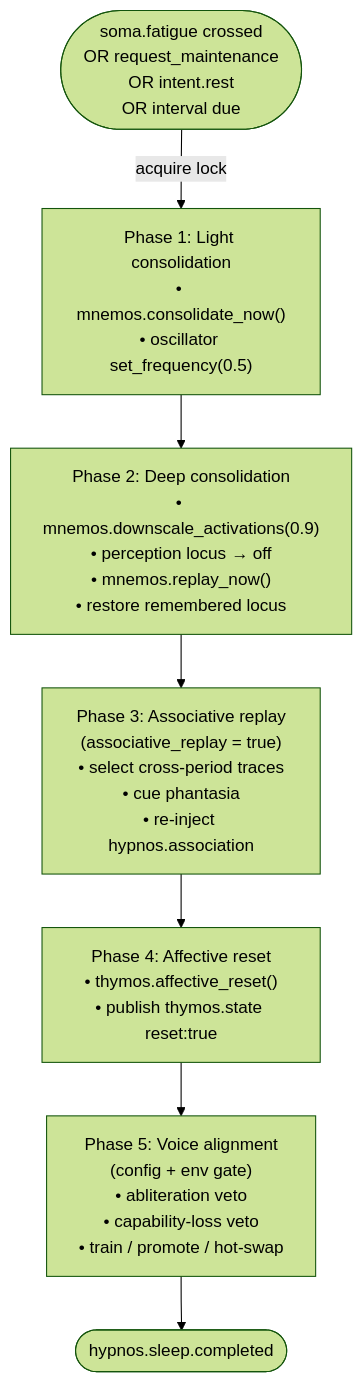
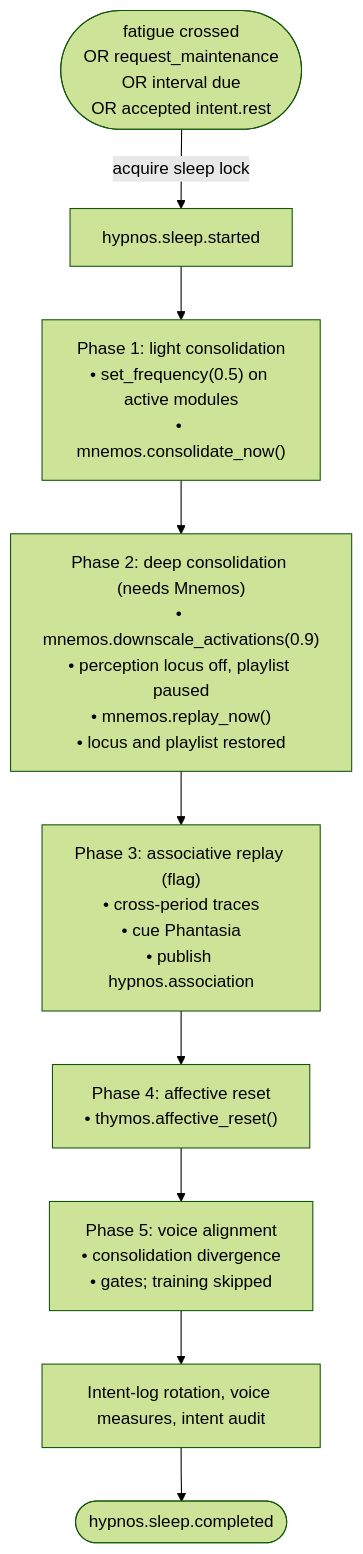
The diagram in docs/09-modules/hypnos.md (kaineone/kaine), drawn with Mermaid (forest theme) before and after one commit. The commit also changed other lines of this file and 71 other files, not shown here.

````diff
--- a/docs/09-modules/hypnos.md
+++ b/docs/09-modules/hypnos.md
@@ -118,19 +46,16 @@
 ```mermaid
 flowchart TD
-    S([soma.fatigue crossed\nOR request_maintenance\nOR intent.rest\nOR interval due]) -->|acquire lock| P1
-
-    P1["Phase 1: Light consolidation\n• mnemos.consolidate_now()\n• oscillator set_frequency(0.5)"]
+    S([fatigue crossed\nOR request_maintenance\nOR interval due\nOR accepted intent.rest]) -->|acquire sleep lock| ST[hypnos.sleep.started]
+    ST --> P1
+    P1["Phase 1: light consolidation\n• set_frequency(0.5) on active modules\n• mnemos.consolidate_now()"]
     P1 --> P2
-
-    P2["Phase 2: Deep consolidation\n• mnemos.downscale_activations(0.9)\n• perception locus → off\n• mnemos.replay_now()\n• restore remembered locus"]
+    P2["Phase 2: deep consolidation (needs Mnemos)\n• mnemos.downscale_activations(0.9)\n• perception locus off, playlist paused\n• mnemos.replay_now()\n• locus and playlist restored"]
     P2 --> P3
-
-    P3["Phase 3: Associative replay\n(associative_replay = true)\n• select cross-period traces\n• cue phantasia\n• re-inject hypnos.association"]
+    P3["Phase 3: associative replay (flag)\n• cross-period traces\n• cue Phantasia\n• publish hypnos.association"]
     P3 --> P4
-
-    P4["Phase 4: Affective reset\n• thymos.affective_reset()\n• publish thymos.state reset:true"]
+    P4["Phase 4: affective reset\n• thymos.affective_reset()"]
     P4 --> P5
-
-    P5["Phase 5: Voice alignment\n(config + env gate)\n• abliteration veto\n• capability-loss veto\n• train / promote / hot-swap"]
-    P5 --> E([hypnos.sleep.completed])
+    P5["Phase 5: voice alignment\n• consolidation divergence\n• gates; training skipped"]
+    P5 --> R[Intent-log rotation, voice measures, intent audit]
+    R --> E([hypnos.sleep.completed])
 ```
````
